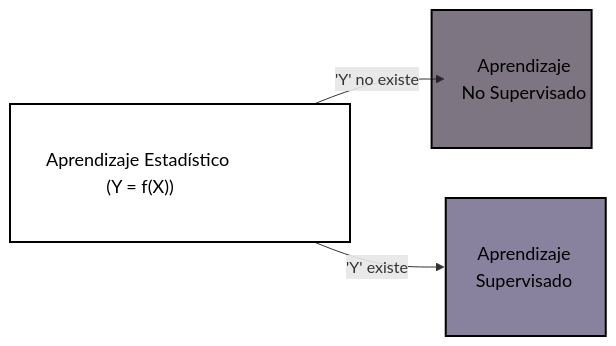
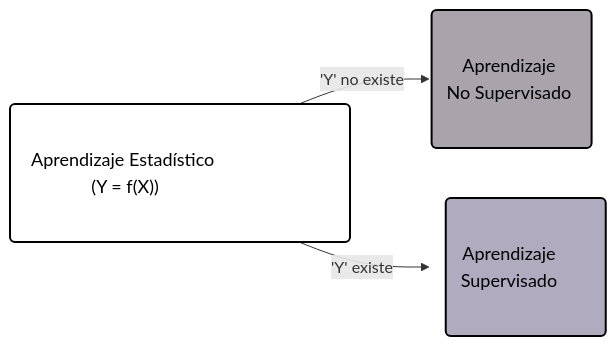
Before and after one commit to maRce10/aprendizaje_estadistico_2024: the first of 7 diagrams in Diagrama.qmd, drawn with Mermaid. The commit also changed other lines of this file and 18 other files, not shown here.

Commit message:
fix diagrams

````diff
--- a/Diagrama.qmd
+++ b/Diagrama.qmd
@@ -7,14 +8,14 @@
 ```{mermaid}
 flowchart LR
     classDef largeText font-size:18px, padding:15px;
 
-    ML["Aprendizaje Estadístico (Y = f(X))"] -->|'Y' no existe| U[Aprendizaje\nNo Supervisado]
-    ML -->|'Y' existe| S[Aprendizaje\nSupervisado]
+    ML("Aprendizaje Estadístico (Y = f(X))") -->|'Y' no existe| U(Aprendizaje\nNo Supervisado)
+    ML -->|'Y' existe| S(Aprendizaje\nSupervisado)
 
     class ML,U,S largeText;
 
     style ML fill:#FFFFFF, stroke:#000, width:340px, stroke-width:2px, color:#000, text-align:center;
-    style U fill:#28192F99, stroke:#000, width:160px, stroke-width:2px, color:#000, text-align:center;
-    style S fill:#3B2F5E99, stroke:#000, width:160px, stroke-width:2px, color:#000, text-align:center;
+    style U fill:#28192F66, stroke:#000, width:160px, stroke-width:2px, color:#000, text-align:center;
+    style S fill:#3B2F5E66, stroke:#000, width:160px, stroke-width:2px, color:#000, text-align:center;
 
 ```
````
